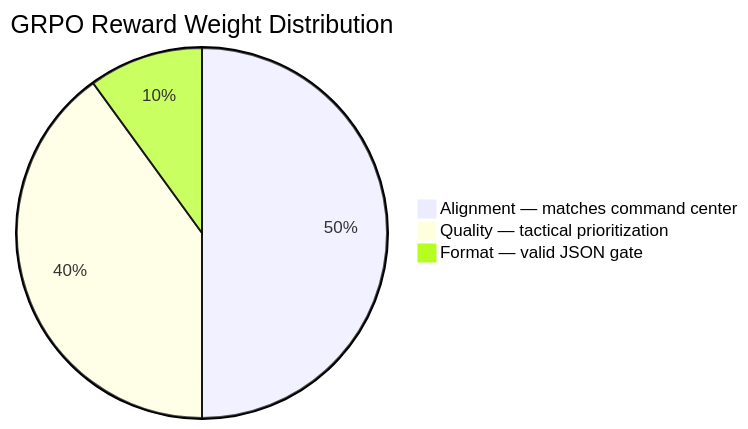
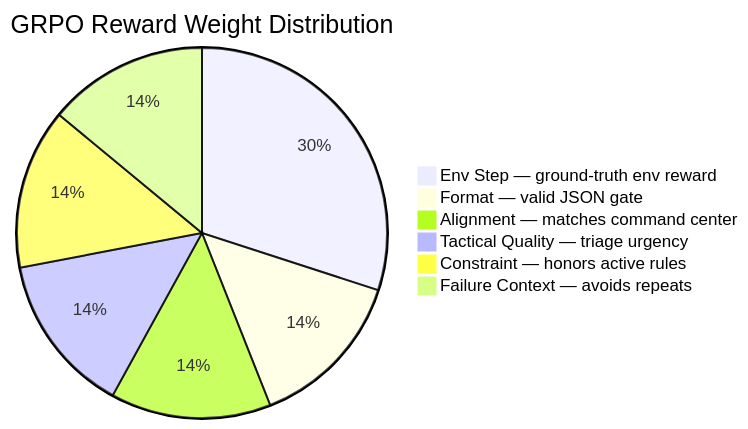
Before and after one commit to Ankitpatil944/blackout-city: the sixth of 6 diagrams in README.md, drawn with Mermaid. The commit also changed other lines of this file and 11 other files, not shown here.

````diff
--- a/README.md
+++ b/README.md
@@ -308,6 +319,9 @@
 ```mermaid
 pie title GRPO Reward Weight Distribution
-    "Alignment — matches command center" : 50
-    "Quality — tactical prioritization" : 40
-    "Format — valid JSON gate" : 10
+    "Env Step — ground-truth env reward" : 30
+    "Format — valid JSON gate" : 14
+    "Alignment — matches command center" : 14
+    "Tactical Quality — triage urgency" : 14
+    "Constraint — honors active rules" : 14
+    "Failure Context — avoids repeats" : 14
 ```
````
